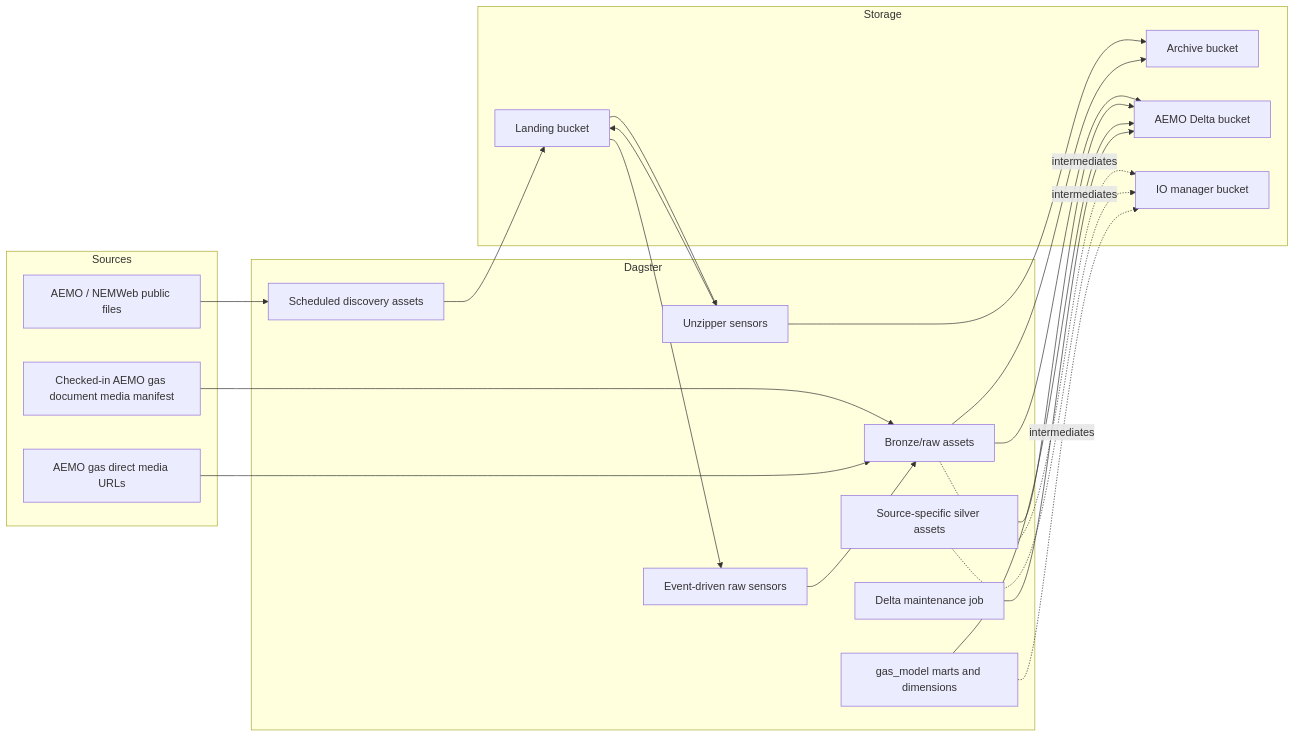
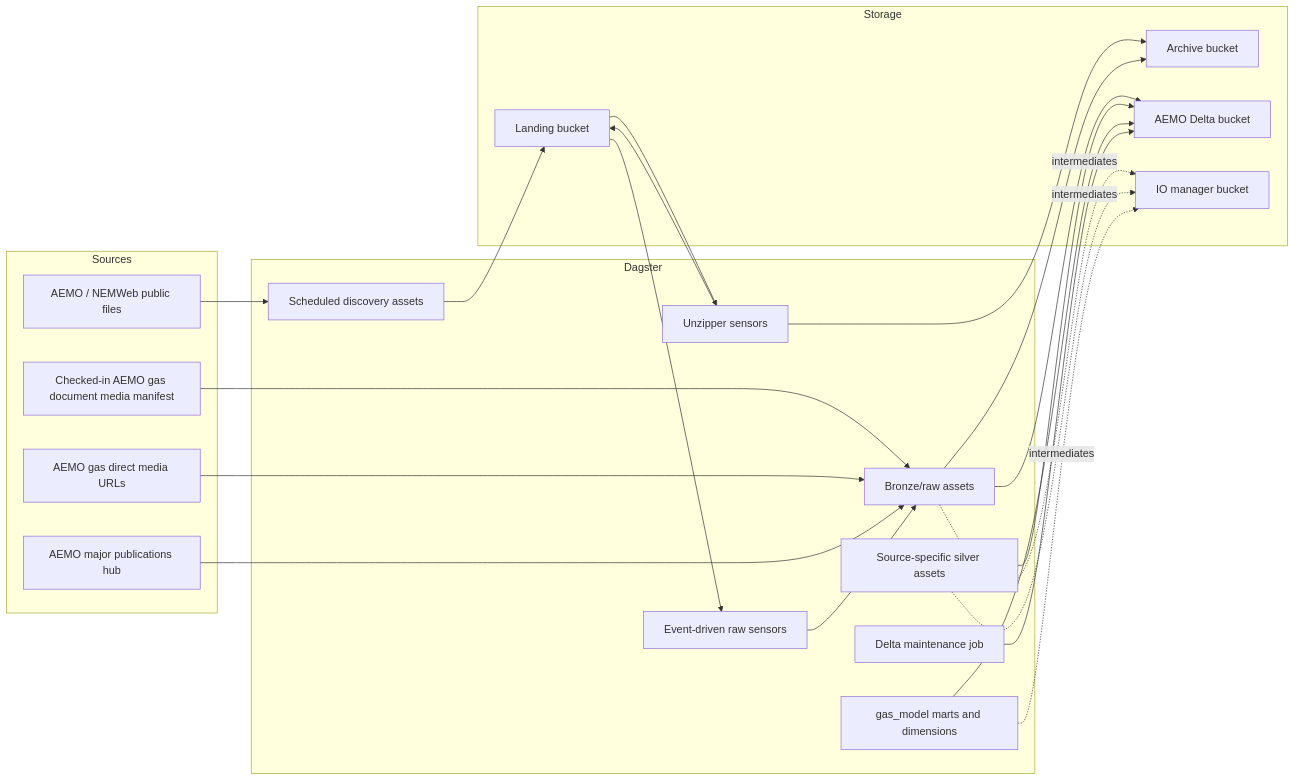
One commit to Chr1sC0de/energy-market-delta-lake changed the first of 3 diagrams in backend-services/dagster-user/aemo-etl/README.md. Above: the diagram before and after it, drawn with Mermaid. The commit also changed other lines of this file and 10 other files, not shown here.

Commit message:
Implement issue #270: Register Dagster asset for major-publications hub downloads

````diff
--- a/backend-services/dagster-user/aemo-etl/README.md
+++ b/backend-services/dagster-user/aemo-etl/README.md
@@ -48,43 +57,45 @@
 ```mermaid
 flowchart LR
     subgraph Sources
         NEMWeb["AEMO / NEMWeb public files"]
         AEMODocs["Checked-in AEMO gas document media manifest"]
         AEMOMedia["AEMO gas direct media URLs"]
+        MajorPubs["AEMO major publications hub"]
     end
 
     subgraph Dagster
         Schedules["Scheduled discovery assets"]
         UnzipSensors["Unzipper sensors"]
         RawSensors["Event-driven raw sensors"]
         RawAssets["Bronze/raw assets"]
         SilverAssets["Source-specific silver assets"]
         GasModel["gas_model marts and dimensions"]
         Maintenance["Delta maintenance job"]
     end
 
     subgraph Storage
         Landing["Landing bucket"]
         Archive["Archive bucket"]
         AEMO["AEMO Delta bucket"]
         IOMgr["IO manager bucket"]
     end
 
     NEMWeb --> Schedules
     AEMODocs --> RawAssets
     AEMOMedia --> RawAssets
+    MajorPubs --> RawAssets
     Schedules --> Landing
     Landing --> UnzipSensors
     UnzipSensors --> Landing
     UnzipSensors --> Archive
     Landing --> RawSensors
     RawSensors --> RawAssets
     RawAssets --> Archive
     RawAssets --> AEMO
     SilverAssets --> AEMO
     GasModel --> AEMO
     Maintenance --> AEMO
     RawAssets -. intermediates .-> IOMgr
     SilverAssets -. intermediates .-> IOMgr
     GasModel -. intermediates .-> IOMgr
 ```
````
